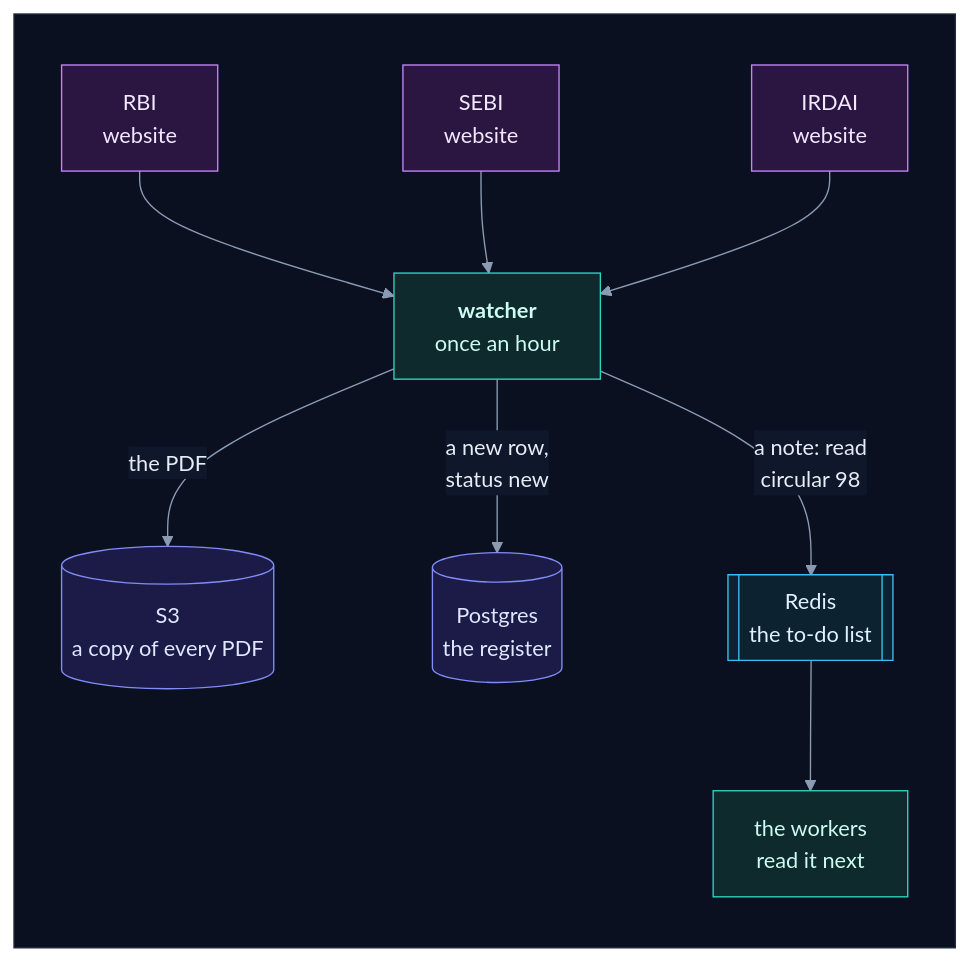
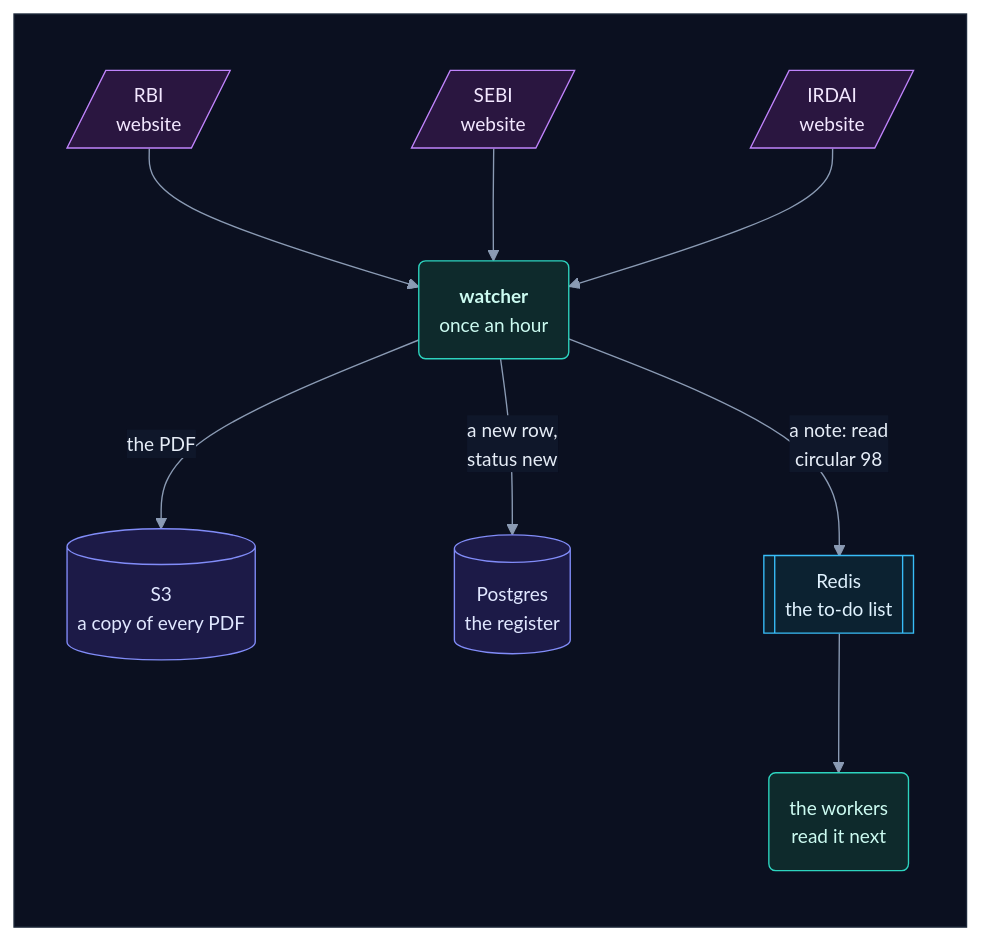
One commit to selvakumarperumal/Regulatory_Circular_Impact_Agent changed the first of 18 diagrams in how_the_watcher_works.md. Above: the diagram before and after it, drawn with Mermaid. The commit also changed other lines of this file and 5 other files, not shown here.

Commit message:
Give the docs' flowcharts a shape per kind of part, more room and slightly smaller text

````diff
--- a/how_the_watcher_works.md
+++ b/how_the_watcher_works.md
@@ -44,30 +44,30 @@
 ```mermaid
-%%{init: {"theme": "base", "flowchart": {"diagramPadding": 0}, "themeVariables": {"darkMode": true, "primaryColor": "#16213a", "primaryTextColor": "#e6edf7", "primaryBorderColor": "#475a7a", "lineColor": "#8b9bb4", "secondaryColor": "#1b2436", "tertiaryColor": "#101a2e", "edgeLabelBackground": "#0f172a", "textColor": "#e2e8f0", "clusterBkg": "#0f1728", "clusterBorder": "#2b3a55", "titleColor": "#c4b5fd", "nodeTextColor": "#e6edf7"}}}%%
+%%{init: {"theme": "base", "flowchart": {"diagramPadding": 0, "nodeSpacing": 58, "rankSpacing": 58, "curve": "basis"}, "themeVariables": {"fontSize": "14px", "darkMode": true, "primaryColor": "#16213a", "primaryTextColor": "#e6edf7", "primaryBorderColor": "#475a7a", "lineColor": "#8b9bb4", "secondaryColor": "#1b2436", "tertiaryColor": "#101a2e", "edgeLabelBackground": "#0f172a", "textColor": "#e2e8f0", "clusterBkg": "#0f1728", "clusterBorder": "#2b3a55", "titleColor": "#c4b5fd", "nodeTextColor": "#e6edf7"}}}%%
 flowchart TD
     subgraph canvas[" "]
         direction TB
-        rbi["RBI<br/>website"] --> W["<b>watcher</b><br/>once an hour"]
-        sebi["SEBI<br/>website"] --> W
-        irdai["IRDAI<br/>website"] --> W
+        rbi[/"RBI<br/>website"/] --> W("<b>watcher</b><br/>once an hour")
+        sebi[/"SEBI<br/>website"/] --> W
+        irdai[/"IRDAI<br/>website"/] --> W
         W -->|"the PDF"| S3[("S3<br/>a copy of every PDF")]
         W -->|"a new row,<br/>status new"| DB[("Postgres<br/>the register")]
         W -->|"a note: read<br/>circular 98"| Q[["Redis<br/>the to-do list"]]
-        Q --> K["the workers<br/>read it next"]
+        Q --> K("the workers<br/>read it next")
     end
     classDef svc fill:#0e2a2c,stroke:#2dd4bf,color:#ccfbf1
     classDef data fill:#1c1a47,stroke:#818cf8,color:#e0e7ff
     classDef ext fill:#2a1640,stroke:#c084fc,color:#f3e8ff
     classDef gpu fill:#2d1b0c,stroke:#fb923c,color:#ffedd5
     classDef ask fill:#2a2410,stroke:#fbbf24,color:#fef3c7
     classDef ok fill:#0b2a1c,stroke:#34d399,color:#d1fae5
     classDef bad fill:#2e0f17,stroke:#fb7185,color:#ffe4e6
     classDef start fill:#1c2a0e,stroke:#a7ef6f,color:#ecfccb
     classDef muted fill:#1a2130,stroke:#64748b,color:#cbd5e1
     classDef queue fill:#0c2231,stroke:#38bdf8,color:#e0f2fe
     class rbi,sebi,irdai ext
     class W svc
     class S3,DB data
     class Q queue
     class K svc
     style canvas fill:#0b1020,stroke:#1e293b,color:#0b1020
 ```
````
